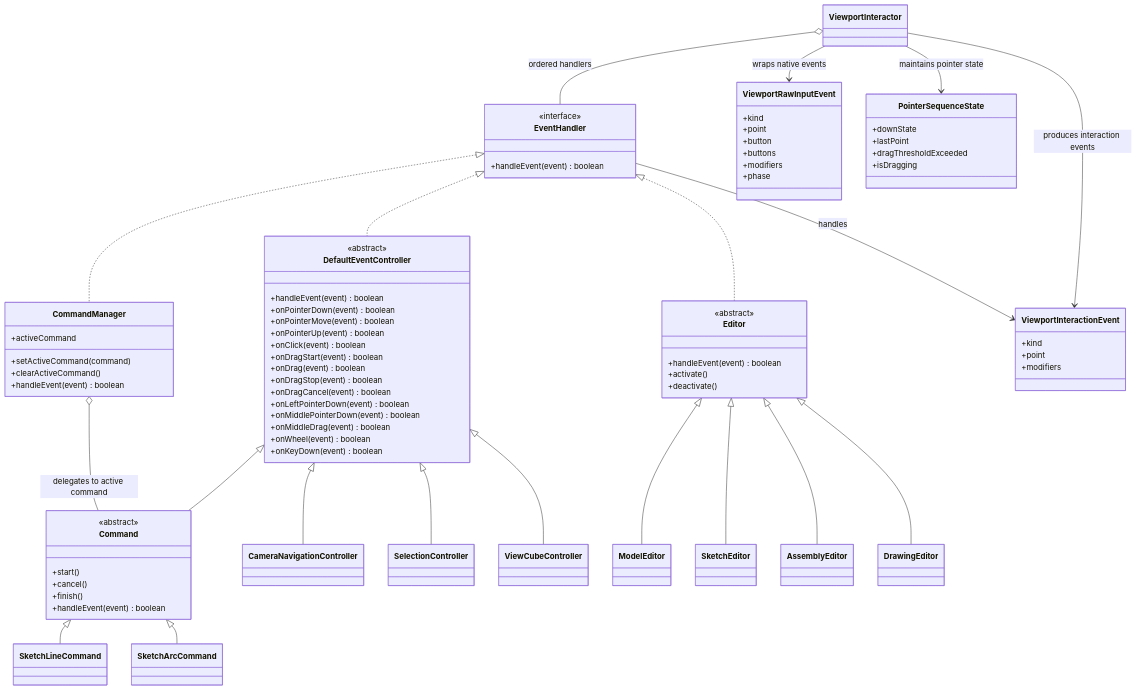
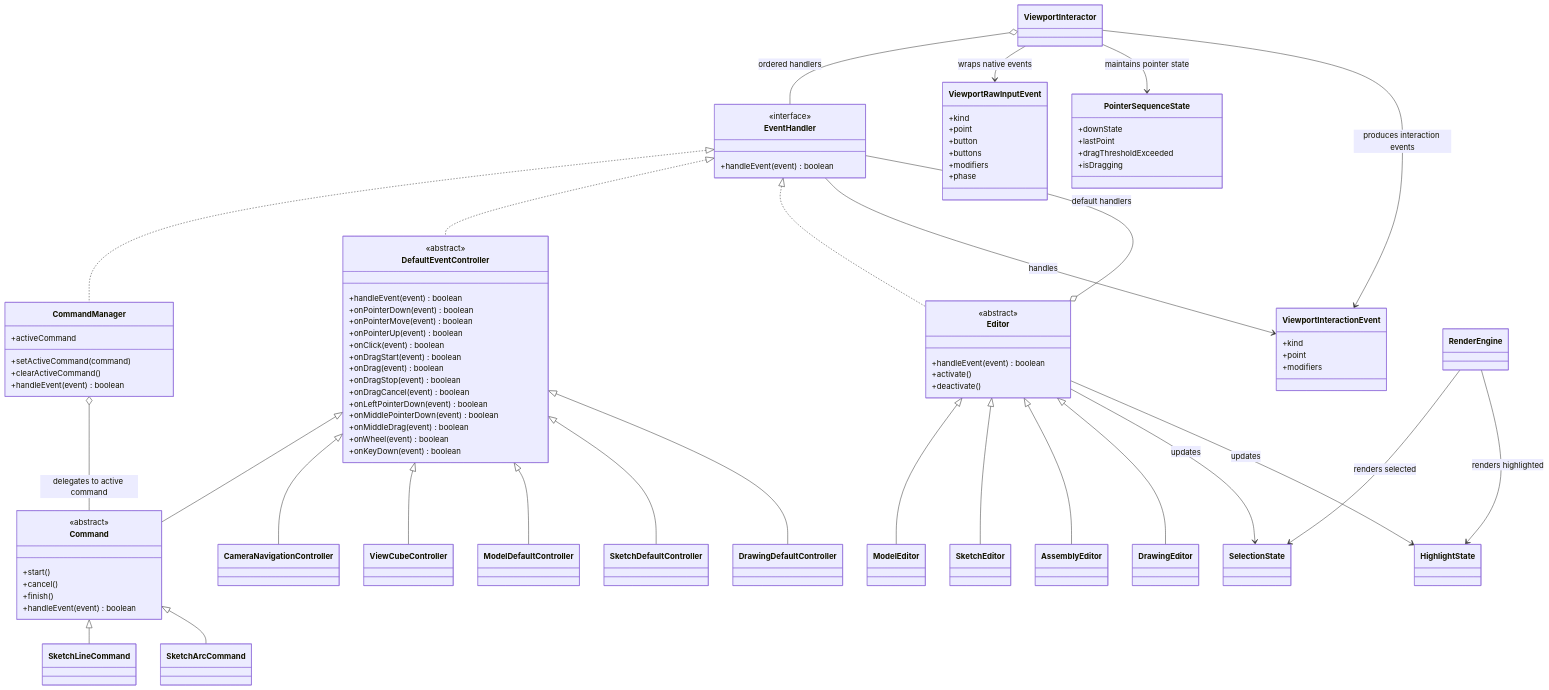
One commit to genewanggang-sudo/occt-draw-web changed the diagram in docs/2026-06-12 视口事件系统架构重构草案.md. Above: the diagram before and after it, drawn with Mermaid. The commit also changed other lines of this file, not shown here.

Commit message:
docs: move selection behavior under editor defaults

````diff
--- a/docs/2026-06-12 视口事件系统架构重构草案.md
+++ b/docs/2026-06-12 视口事件系统架构重构草案.md
@@ -98,7 +99,6 @@
     class SketchArcCommand
 
     class CameraNavigationController
-    class SelectionController
     class ViewCubeController
     class ViewportInteractor
     class Editor {
@@ -111,6 +111,12 @@
     class SketchEditor
     class AssemblyEditor
     class DrawingEditor
+    class ModelDefaultController
+    class SketchDefaultController
+    class DrawingDefaultController
+    class SelectionState
+    class HighlightState
+    class RenderEngine
 
     EventHandler <|.. CommandManager
     EventHandler <|.. DefaultEventController
@@ -120,8 +126,10 @@
     Command <|-- SketchLineCommand
     Command <|-- SketchArcCommand
     DefaultEventController <|-- CameraNavigationController
-    DefaultEventController <|-- SelectionController
     DefaultEventController <|-- ViewCubeController
+    DefaultEventController <|-- ModelDefaultController
+    DefaultEventController <|-- SketchDefaultController
+    DefaultEventController <|-- DrawingDefaultController
     Editor <|-- ModelEditor
     Editor <|-- SketchEditor
     Editor <|-- AssemblyEditor
@@ -133,4 +141,9 @@
     ViewportInteractor --> ViewportInteractionEvent : produces interaction events
     EventHandler --> ViewportInteractionEvent : handles
     CommandManager o-- Command : delegates to active command
+    Editor o-- EventHandler : default handlers
+    Editor --> SelectionState : updates
+    Editor --> HighlightState : updates
+    RenderEngine --> SelectionState : renders selected
+    RenderEngine --> HighlightState : renders highlighted
 ```
````
